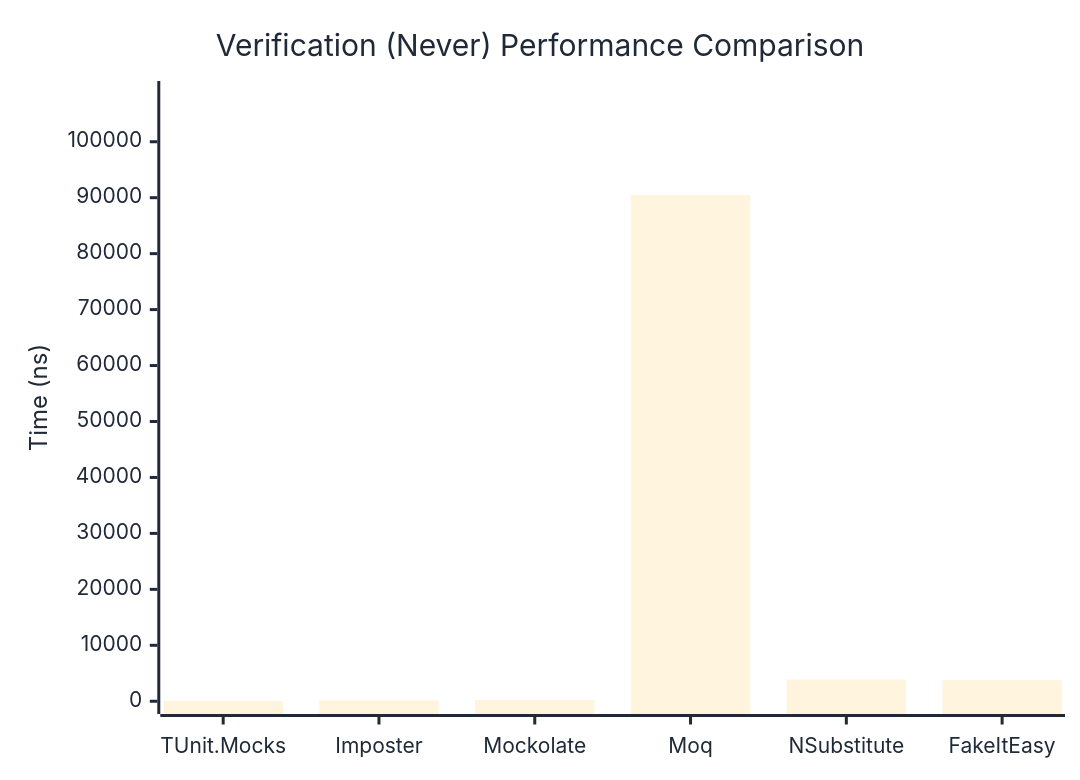
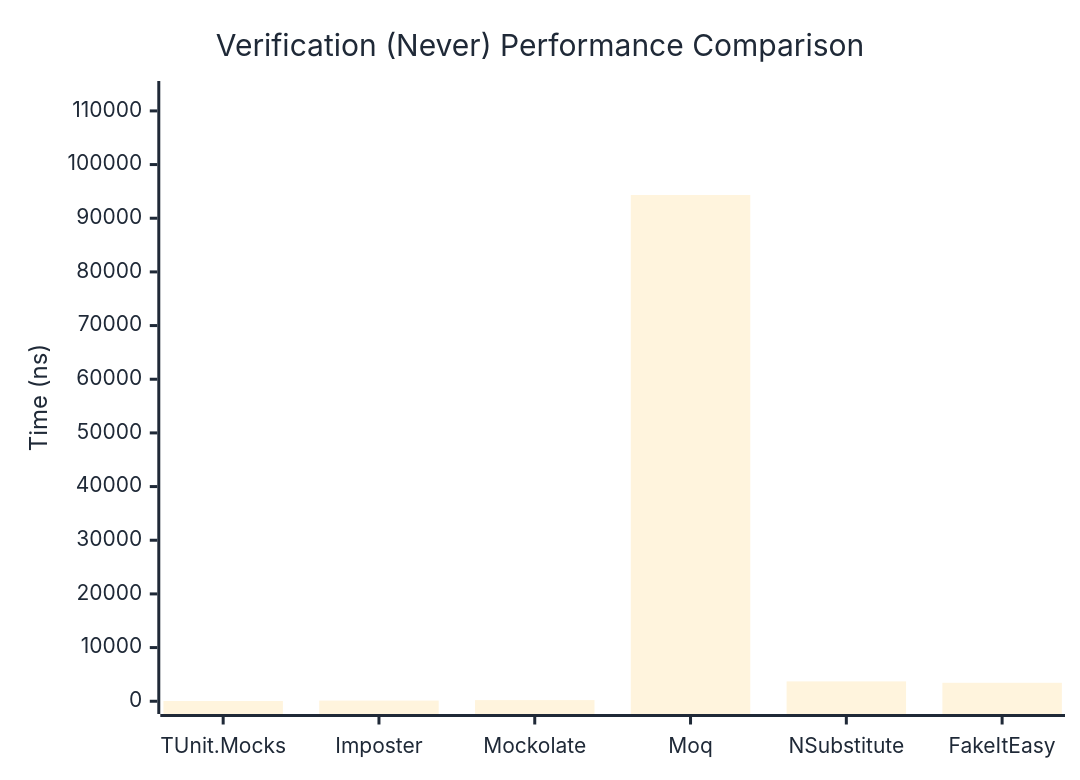
One commit to thomhurst/TUnit changed the second of 3 diagrams in docs/docs/benchmarks/mocks/Verification.md. Above: the diagram before and after it, drawn with Mermaid. The commit also changed other lines of this file and 14 other files, not shown here.

````diff
--- a/docs/docs/benchmarks/mocks/Verification.md
+++ b/docs/docs/benchmarks/mocks/Verification.md
@@ -71,27 +71,27 @@
 ```mermaid
 %%{init: {
   'theme':'base',
   'themeVariables': {
     'primaryColor': '#2563eb',
     'primaryTextColor': '#1f2937',
     'primaryBorderColor': '#1e40af',
     'lineColor': '#6b7280',
     'secondaryColor': '#7c3aed',
     'tertiaryColor': '#dc2626',
     'background': '#ffffff',
     'pie1': '#2563eb',
     'pie2': '#7c3aed',
     'pie3': '#dc2626',
     'pie4': '#f59e0b',
     'pie5': '#10b981',
     'pie6': '#06b6d4',
     'pie7': '#ec4899',
     'pie8': '#6366f1'
   }
 }}%%
 xychart-beta
   title "Verification (Never) Performance Comparison"
   x-axis ["TUnit.Mocks", "Imposter", "Mockolate", "Moq", "NSubstitute", "FakeItEasy"]
-  y-axis "Time (ns)" 0 --> 108579
-  bar [59.81, 142.2, 249.29, 90482.33, 3880.3, 3747.48]
+  y-axis "Time (ns)" 0 --> 113195
+  bar [50.42, 124.99, 211.85, 94328.37, 3697.97, 3438.71]
 ```
````
